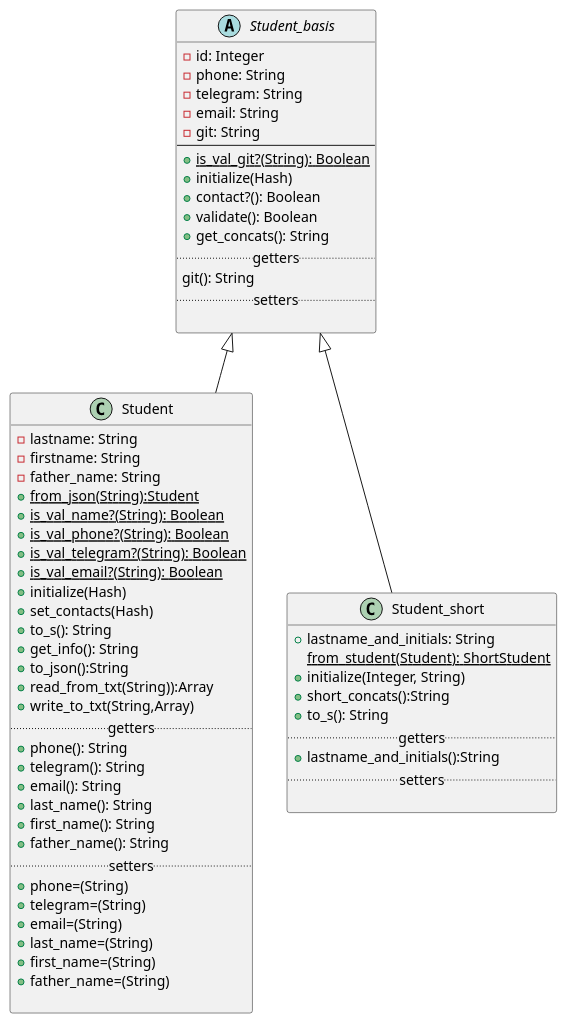
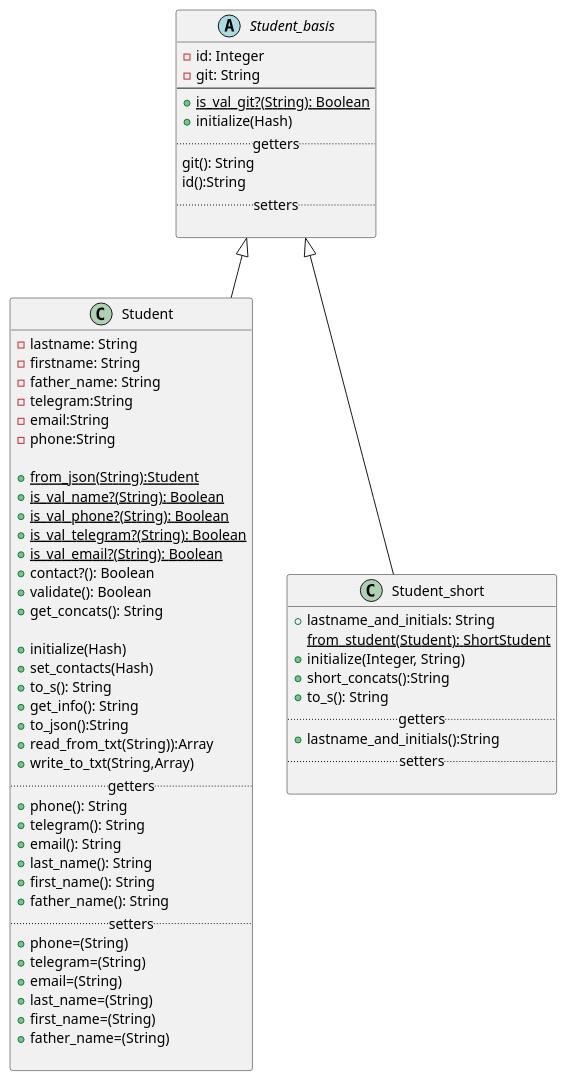
One commit to ColdEiler/pattern changed the diagram in lab2/student_diagrams.puml. Above: the diagram before and after it, drawn with PlantUML. The commit also changed 1 other file, not shown here.

Commit message:
Итоговая диаграмма

```diff
--- a/lab2/student_diagrams.puml
+++ b/lab2/student_diagrams.puml
@@ -1,66 +1,69 @@
 @startuml
 'https://plantuml.com/class-diagram'
 
 abstract class Student_basis{
      -id: Integer
-     -phone: String
-     -telegram: String
-     -email: String
      -git: String
 --
      +{static}is_val_git?(String): Boolean
      +initialize(Hash)
-     +contact?(): Boolean
-     +validate(): Boolean
-     +get_concats(): String
      .. getters..
      git(): String
+     id():String
      .. setters ..
 
 }
 
 class Student extends Student_basis{
      -lastname: String
      -firstname: String
      -father_name: String
+     -telegram:String
+     -email:String
+     -phone:String
+
      +{static}from_json(String):Student
      +{static}is_val_name?(String): Boolean
      +{static}is_val_phone?(String): Boolean
      +{static}is_val_telegram?(String): Boolean
      +{static}is_val_email?(String): Boolean
+     +contact?(): Boolean
+     +validate(): Boolean
+     +get_concats(): String
+
      +initialize(Hash)
      +set_contacts(Hash)
      +to_s(): String
      +get_info(): String
      +to_json():String
      +read_from_txt(String)):Array
      +write_to_txt(String,Array)
      .. getters ..
      +phone(): String
      +telegram(): String
      +email(): String
      +last_name(): String
      +first_name(): String
      +father_name(): String
      .. setters ..
      +phone=(String)
      +telegram=(String)
      +email=(String)
      +last_name=(String)
      +first_name=(String)
      +father_name=(String)
 
 }
 
 class Student_short extends Student_basis{
      +lastname_and_initials: String
      {static}from_student(Student): ShortStudent
      +initialize(Integer, String)
      +short_concats():String
      +to_s(): String
      .. getters ..
      +lastname_and_initials():String
      .. setters ..
 
 }
 @enduml
```
